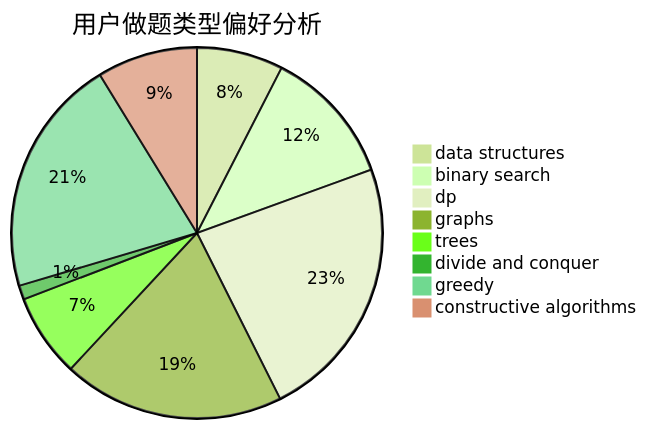
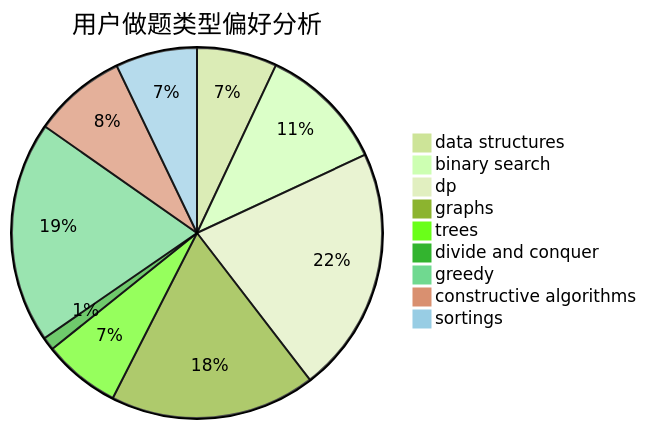
One commit to sherpahu/cfrs.github.io changed the second of 3 diagrams in docs/user/u1075.md. Above: the diagram before and after it, drawn with Mermaid (forest theme). The commit also changed other lines of this file and 2769 other files, not shown here.

````diff
--- a/docs/user/u1075.md
+++ b/docs/user/u1075.md
@@ -23,11 +18,12 @@
 ```mermaid
 pie title 用户做题类型偏好分析
     "data structures" :  55
     "binary search" :  87
     "dp" :  169
     "graphs" :  141
     "trees" :  53
     "divide and conquer" :  9
     "greedy" :  152
     "constructive algorithms" :  64
+    "sortings" :  56
 ```
````
